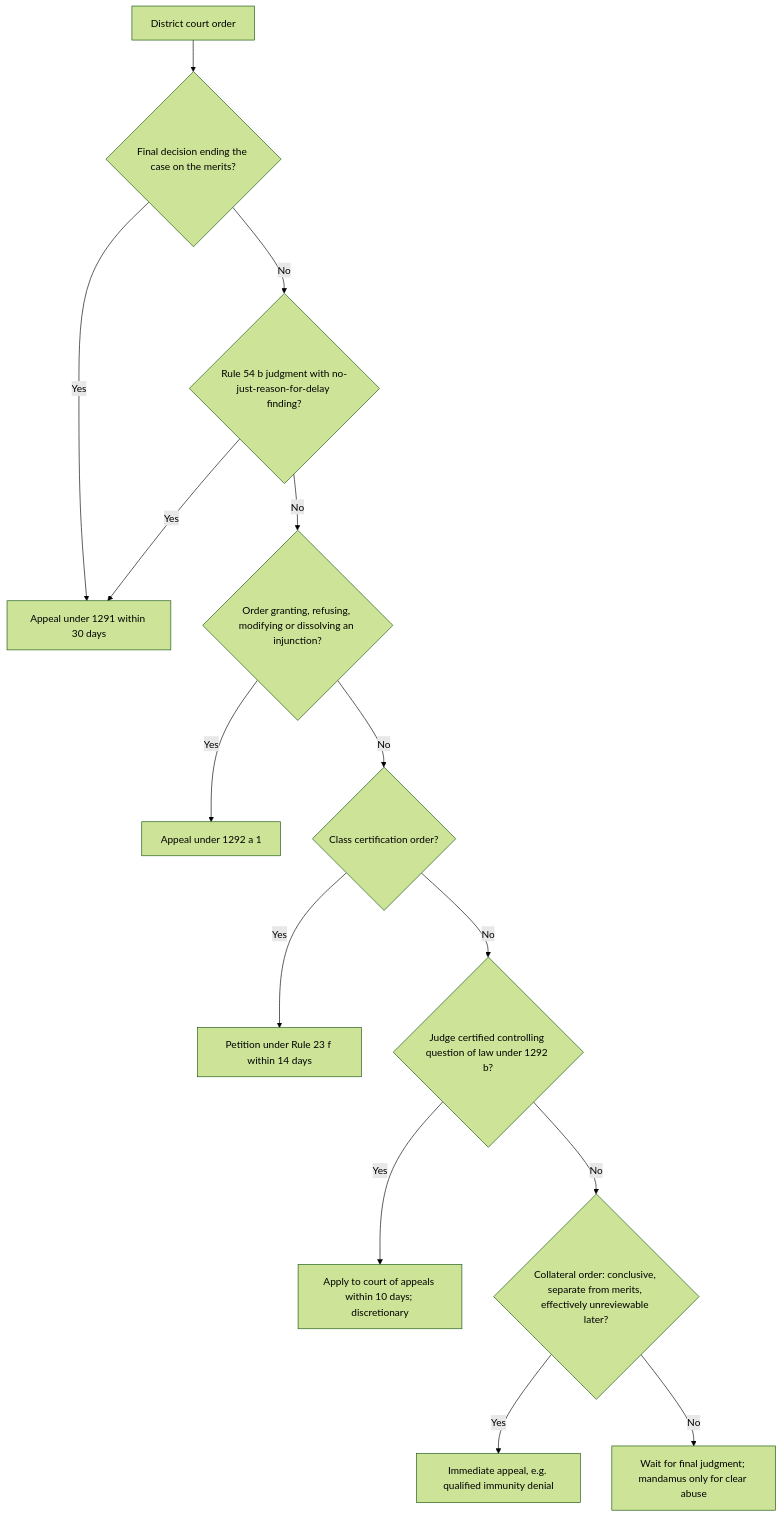
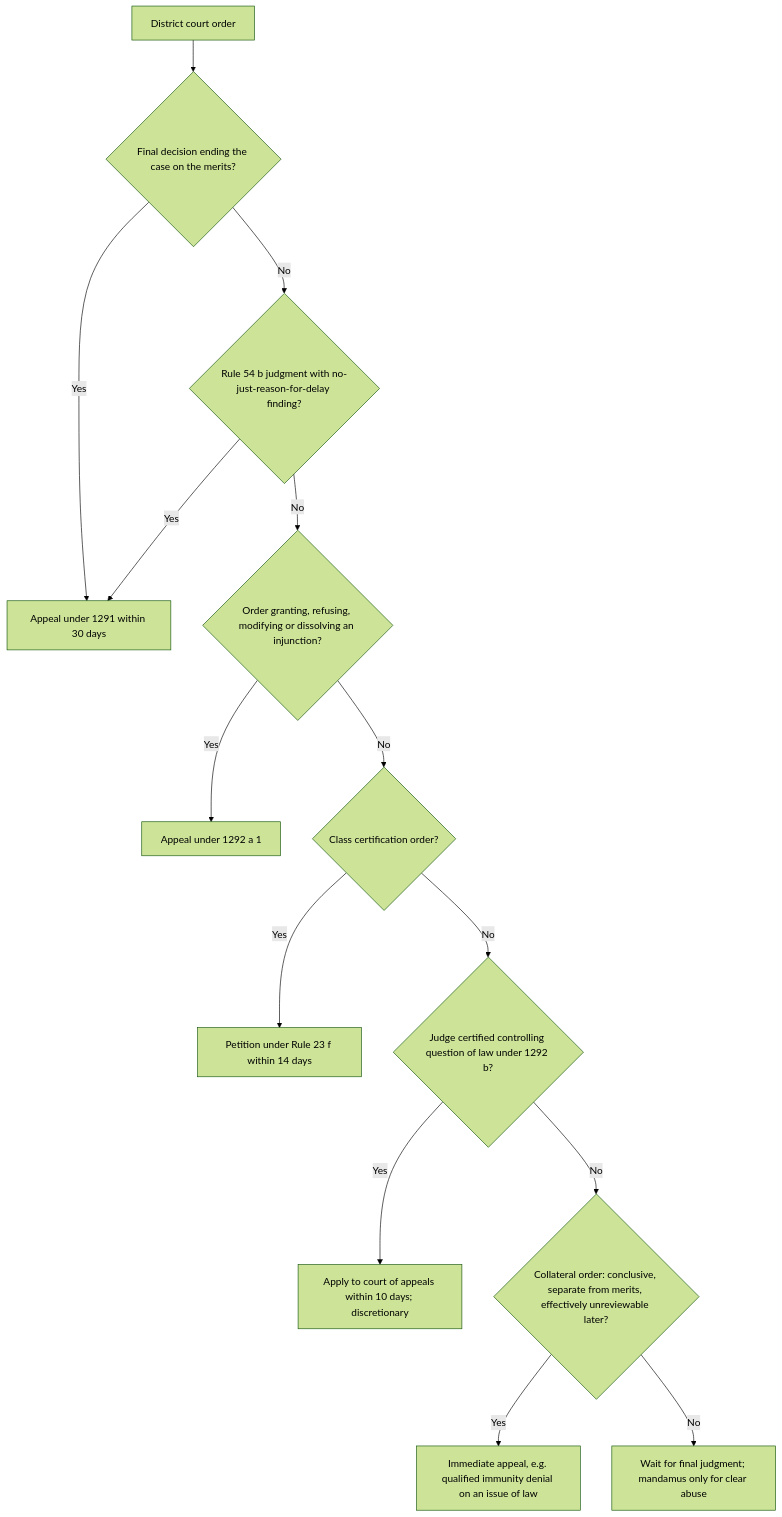
One commit to FrankHuang94/ca-bar-prep-claude changed the tenth of 10 diagrams in 03-subjects/civil-procedure/flowcharts.md. Above: the diagram before and after it, drawn with Mermaid (forest theme). The commit also changed 57 other files, not shown here.

````diff
--- a/03-subjects/civil-procedure/flowcharts.md
+++ b/03-subjects/civil-procedure/flowcharts.md
@@ -210,16 +210,16 @@
 ```mermaid
 flowchart TD
     A["District court order"] --> B{"Final decision ending the case on the merits?"}
     B -- Yes --> AP["Appeal under 1291 within 30 days"]
     B -- No --> C{"Rule 54 b judgment with no-just-reason-for-delay finding?"}
     C -- Yes --> AP
     C -- No --> D{"Order granting, refusing, modifying or dissolving an injunction?"}
     D -- Yes --> AP2["Appeal under 1292 a 1"]
     D -- No --> E{"Class certification order?"}
     E -- Yes --> AP3["Petition under Rule 23 f within 14 days"]
     E -- No --> F{"Judge certified controlling question of law under 1292 b?"}
     F -- Yes --> AP4["Apply to court of appeals within 10 days; discretionary"]
     F -- No --> G{"Collateral order: conclusive, separate from merits, effectively unreviewable later?"}
-    G -- Yes --> AP5["Immediate appeal, e.g. qualified immunity denial"]
+    G -- Yes --> AP5["Immediate appeal, e.g. qualified immunity denial on an issue of law"]
     G -- No --> H["Wait for final judgment; mandamus only for clear abuse"]
 ```
````
